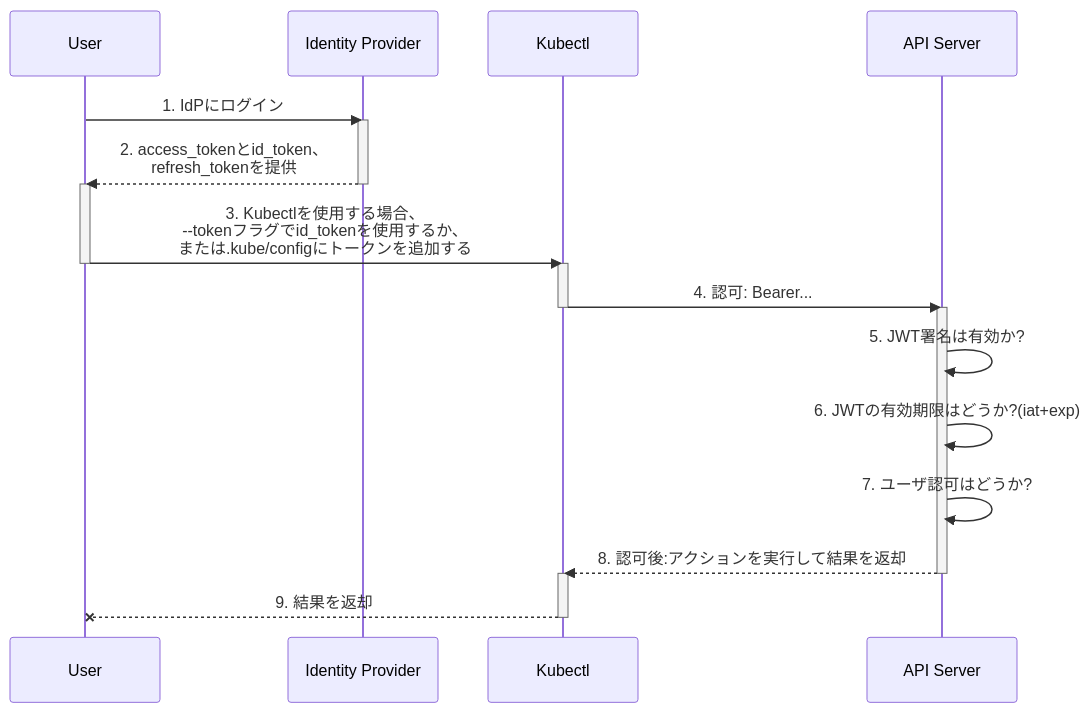
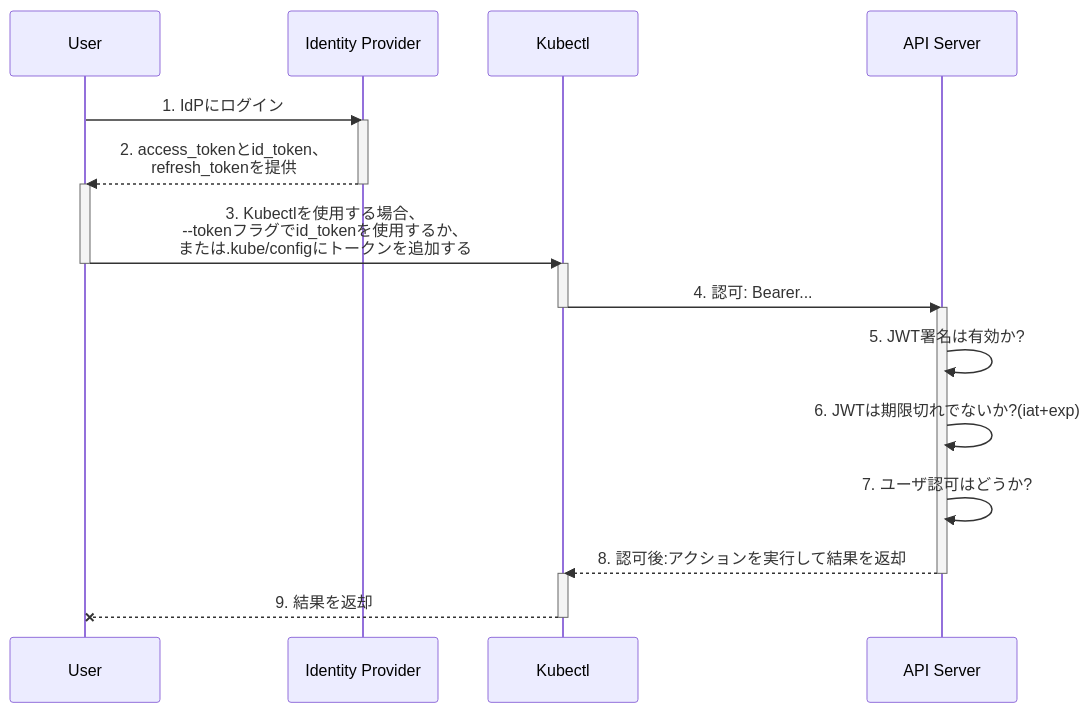
One commit to kubernetes/website changed the diagram in content/ja/docs/reference/access-authn-authz/authentication.md. Above: the diagram before and after it, drawn with Mermaid.

```diff
--- a/content/ja/docs/reference/access-authn-authz/authentication.md
+++ b/content/ja/docs/reference/access-authn-authz/authentication.md
@@ -198,27 +198,27 @@
 {{< mermaid >}}
 sequenceDiagram
     participant user as User
     participant idp as Identity Provider
     participant kube as Kubectl
     participant api as API Server
 
     user ->> idp: 1. IdPにログイン
     activate idp
     idp -->> user: 2. access_tokenとid_token、<br>refresh_tokenを提供
     deactivate idp
     activate user
     user ->> kube: 3. Kubectlを使用する場合、<br>--tokenフラグでid_tokenを使用するか、<br>または.kube/configにトークンを追加する
     deactivate user
     activate kube
     kube ->> api: 4. 認可: Bearer...
     deactivate kube
     activate api
     api ->> api: 5. JWT署名は有効か?
-    api ->> api: 6. JWTの有効期限はどうか?(iat+exp)
+    api ->> api: 6. JWTは期限切れでないか?(iat+exp)
     api ->> api: 7. ユーザ認可はどうか?
     api -->> kube: 8. 認可後:アクションを実行して結果を返却
     deactivate api
     activate kube
     kube --x user: 9. 結果を返却
     deactivate kube
 {{< /mermaid >}}
```
